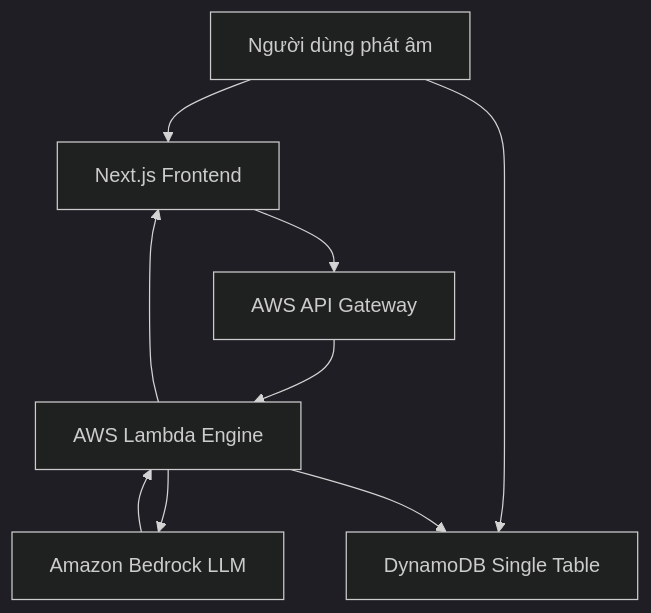
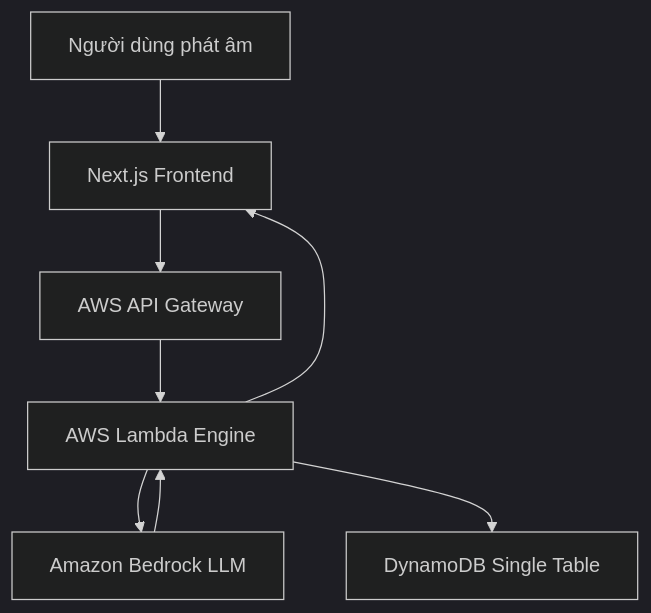
The diagram in content/posts/lexi-ai-english-tutor.md (nguyengoctin/my_website), drawn with Mermaid (dark theme) before and after one commit. The commit also changed 9 other files, not shown here.

````diff
--- a/content/posts/lexi-ai-english-tutor.md
+++ b/content/posts/lexi-ai-english-tutor.md
@@ -27,11 +27,16 @@
 ```mermaid
 flowchart TD
-    User["Người dùng phát âm"] --> FE["Next.js Frontend"]
-    FE --> Gateway["AWS API Gateway"]
-    Gateway --> Lambda["AWS Lambda Engine"]
-    User --> Dynamo["DynamoDB Single Table"]
-    Lambda --> Bedrock["Amazon Bedrock LLM"]
+    User["`Người dùng phát âm`"]
+    FE["`Next.js Frontend`"]
+    Gateway["`AWS API Gateway`"]
+    Lambda["`AWS Lambda Engine`"]
+    Bedrock["`Amazon Bedrock LLM`"]
+    Dynamo["`DynamoDB Single Table`"]
+    User --> FE
+    FE --> Gateway
+    Gateway --> Lambda
+    Lambda --> Bedrock
     Bedrock --> Lambda
     Lambda --> Dynamo
     Lambda --> FE
 ```
````
